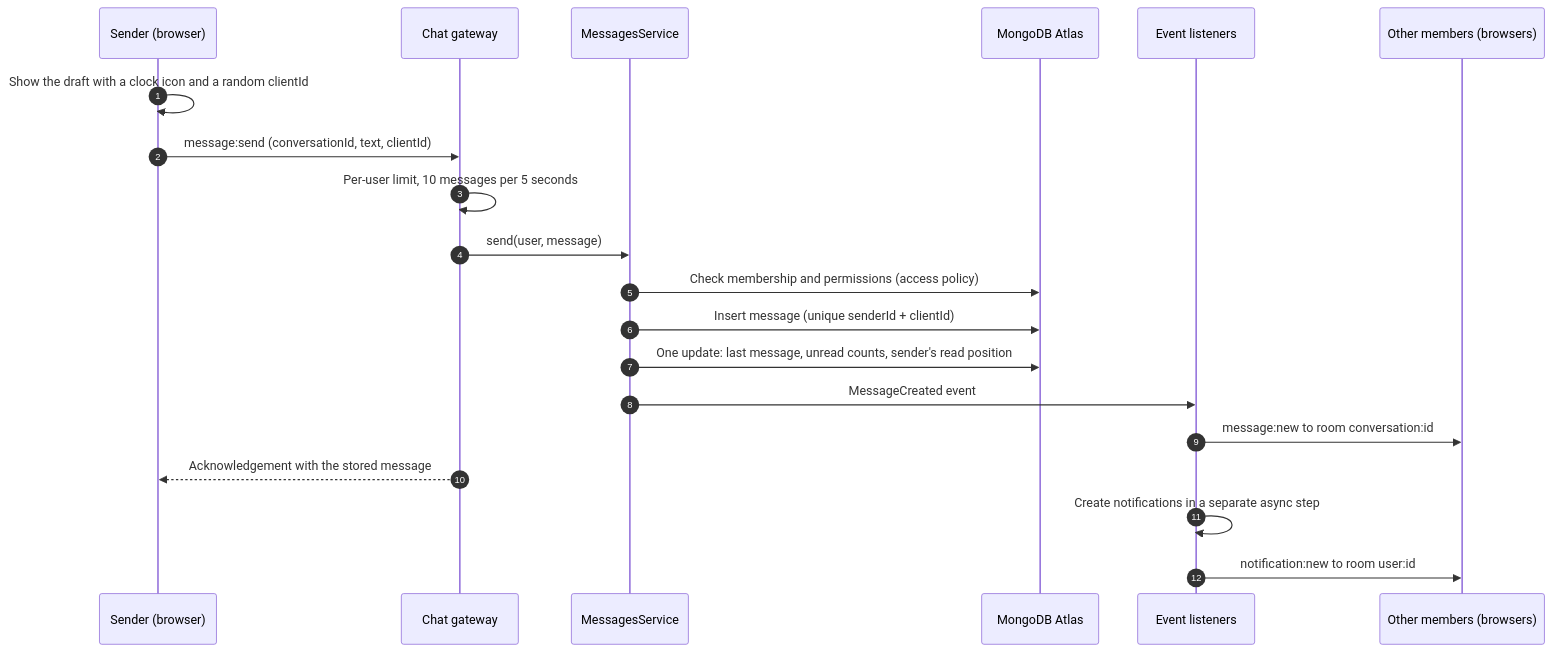
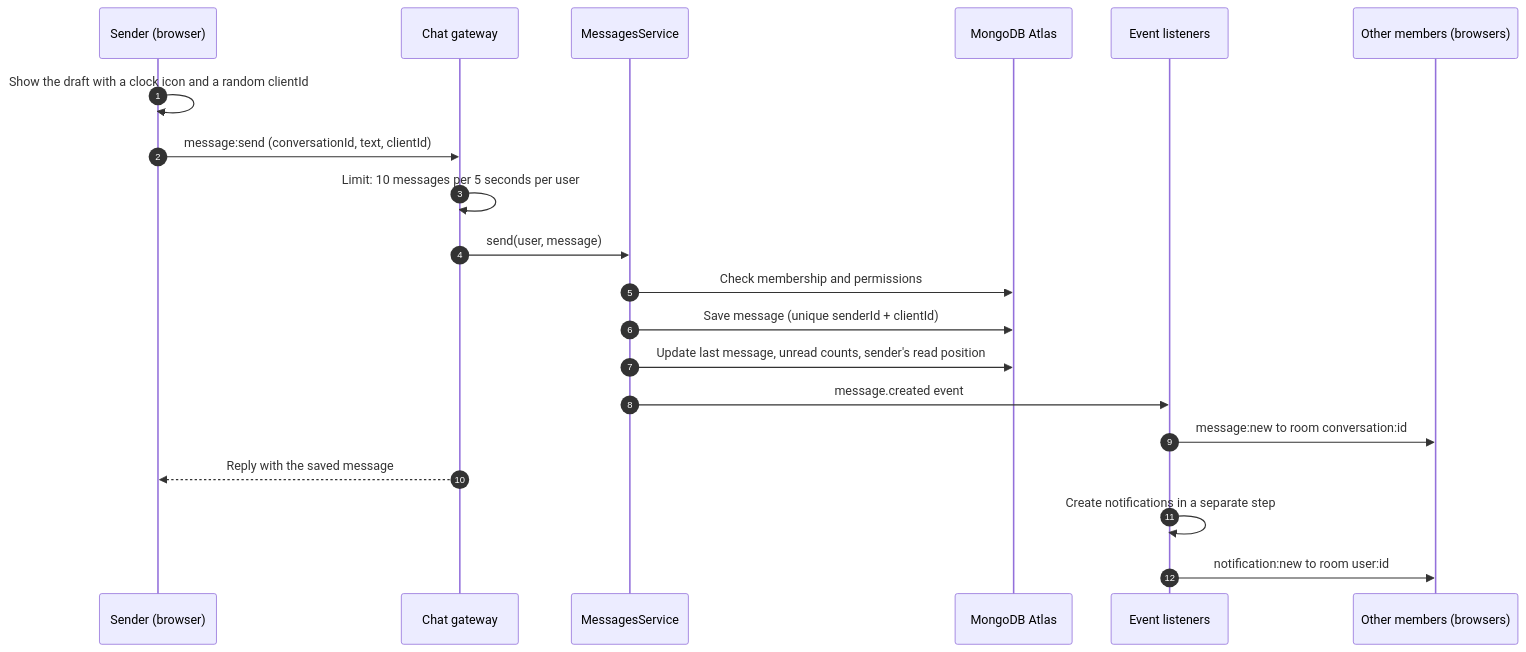
One commit to NisH-4x/unsaidtalks changed the second of 3 diagrams in docs/ARCHITECTURE.md. Above: the diagram before and after it, drawn with Mermaid. The commit also changed other lines of this file and 53 other files, not shown here.

````diff
--- a/docs/ARCHITECTURE.md
+++ b/docs/ARCHITECTURE.md
@@ -76,23 +75,23 @@
 ```mermaid
 sequenceDiagram
   autonumber
   participant A as Sender (browser)
   participant G as Chat gateway
   participant M as MessagesService
   participant DB as MongoDB Atlas
   participant L as Event listeners
   participant B as Other members (browsers)
 
   A->>A: Show the draft with a clock icon and a random clientId
   A->>G: message:send (conversationId, text, clientId)
-  G->>G: Per-user limit, 10 messages per 5 seconds
+  G->>G: Limit: 10 messages per 5 seconds per user
   G->>M: send(user, message)
-  M->>DB: Check membership and permissions (access policy)
-  M->>DB: Insert message (unique senderId + clientId)
-  M->>DB: One update: last message, unread counts, sender's read position
-  M->>L: MessageCreated event
+  M->>DB: Check membership and permissions
+  M->>DB: Save message (unique senderId + clientId)
+  M->>DB: Update last message, unread counts, sender's read position
+  M->>L: message.created event
   L->>B: message:new to room conversation:id
-  G-->>A: Acknowledgement with the stored message
-  L->>L: Create notifications in a separate async step
+  G-->>A: Reply with the saved message
+  L->>L: Create notifications in a separate step
   L->>B: notification:new to room user:id
 ```
````
